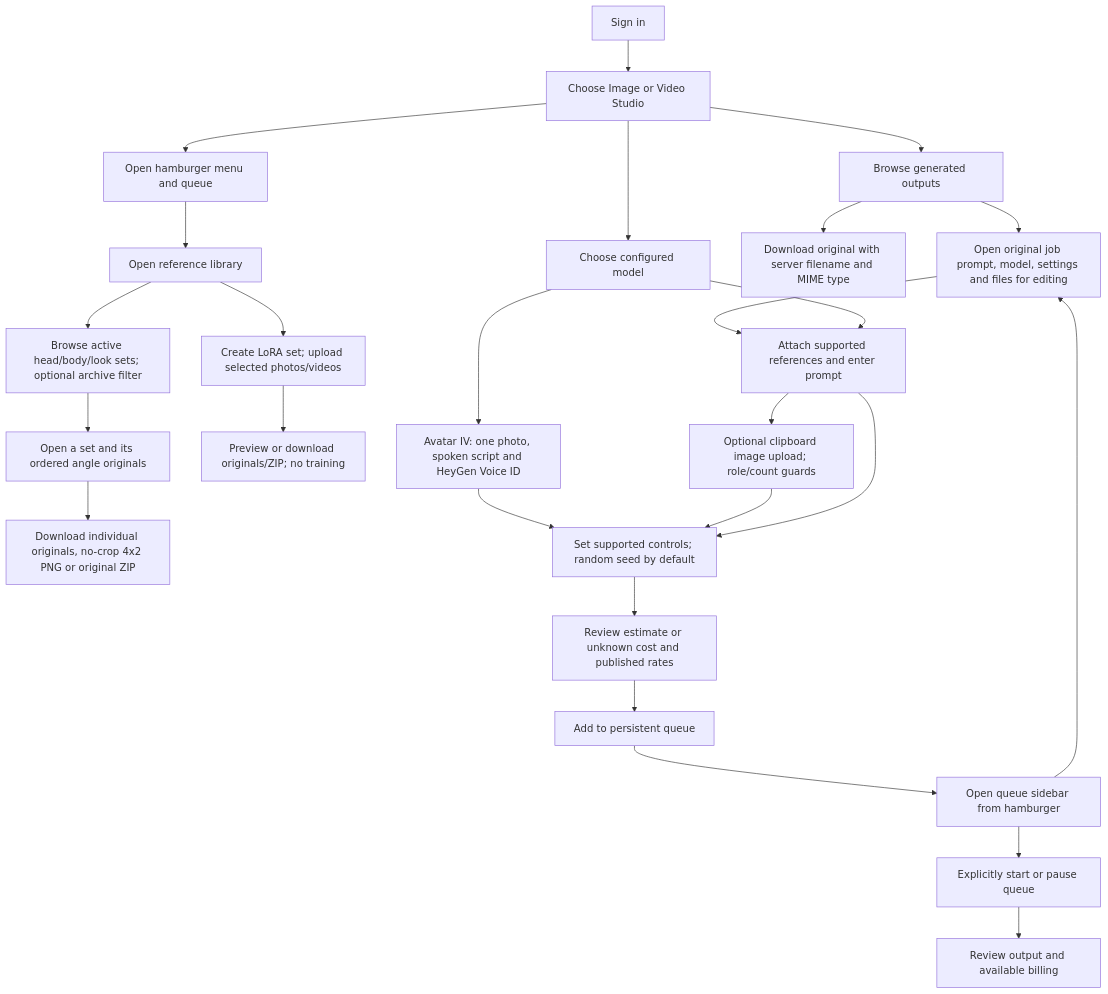
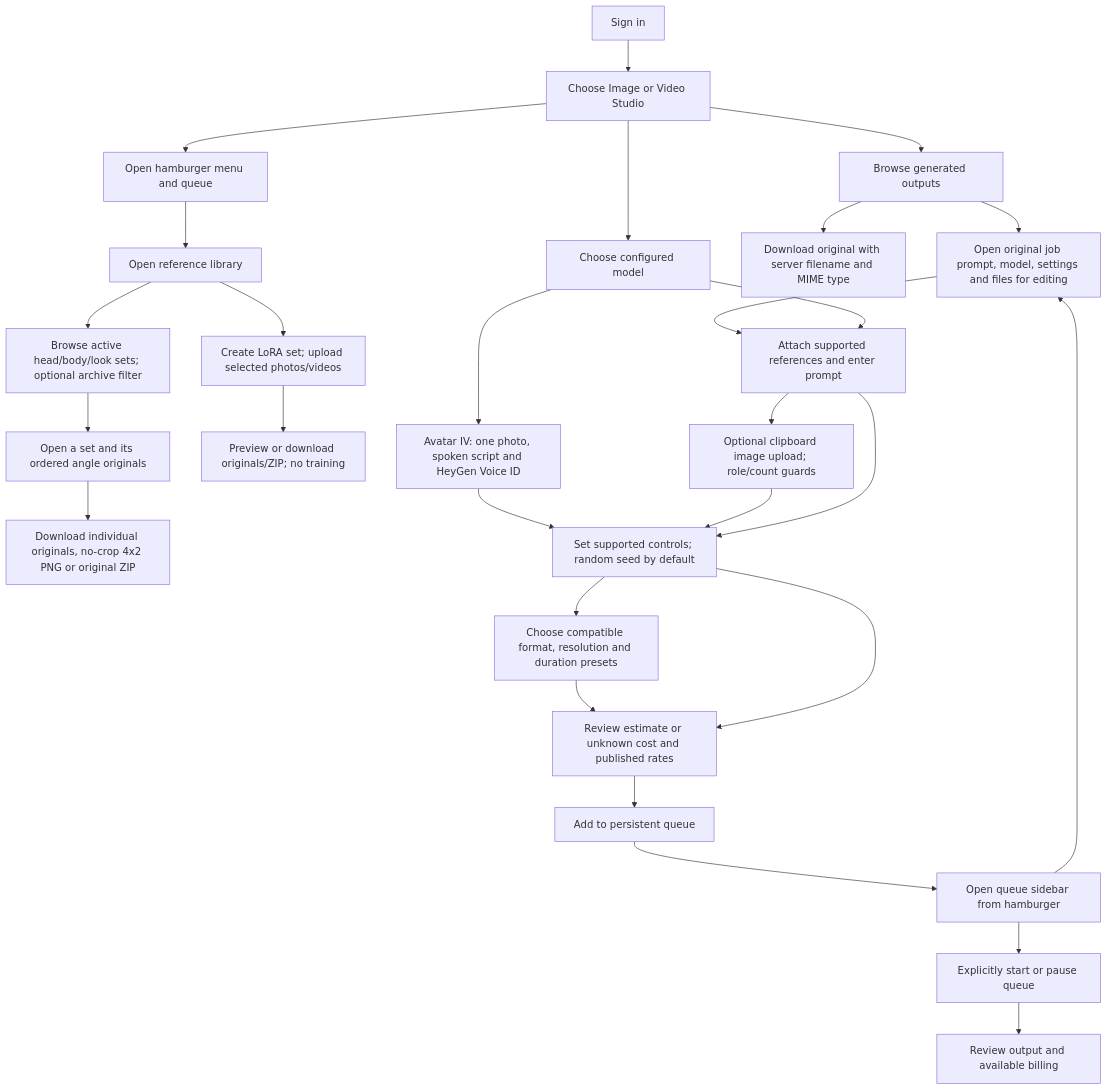
One commit to v-v-l/Open-Generative-AI changed the diagram in docs/diagrams/user-journey.md. Above: the diagram before and after it, drawn with Mermaid. The commit also changed 13 other files, not shown here.

Commit message:
Add compatible format, resolution and duration presets across studios

````diff
--- a/docs/diagrams/user-journey.md
+++ b/docs/diagrams/user-journey.md
@@ -6,28 +6,30 @@
 ```mermaid
 flowchart TD
   Login[Sign in] --> Studio[Choose Image or Video Studio]
   Studio --> Menu[Open hamburger menu and queue]
   Menu --> Library[Open reference library]
   Library --> Sets[Browse active head/body/look sets; optional archive filter]
   Sets --> Detail[Open a set and its ordered angle originals]
   Detail --> Downloads[Download individual originals, no-crop 4x2 PNG or original ZIP]
   Studio --> Gallery[Browse generated outputs]
   Gallery --> Recreate[Open original job prompt, model, settings and files for editing]
   Sidebar --> Recreate
   Recreate --> Inputs
   Gallery --> Original[Download original with server filename and MIME type]
   Library --> LoRA[Create LoRA set; upload selected photos/videos]
   LoRA --> Export[Preview or download originals/ZIP; no training]
   Studio --> Model[Choose configured model]
   Model --> Inputs[Attach supported references and enter prompt]
   Model --> Avatar[Avatar IV: one photo, spoken script and HeyGen Voice ID]
   Avatar --> Settings
   Inputs --> Clipboard[Optional clipboard image upload; role/count guards]
   Clipboard --> Settings
   Inputs --> Settings[Set supported controls; random seed by default]
+  Settings --> Presets[Choose compatible format, resolution and duration presets]
+  Presets --> Quote
   Settings --> Quote[Review estimate or unknown cost and published rates]
   Quote --> Enqueue[Add to persistent queue]
   Enqueue --> Sidebar[Open queue sidebar from hamburger]
   Sidebar --> Start[Explicitly start or pause queue]
   Start --> Result[Review output and available billing]
 ```
````
